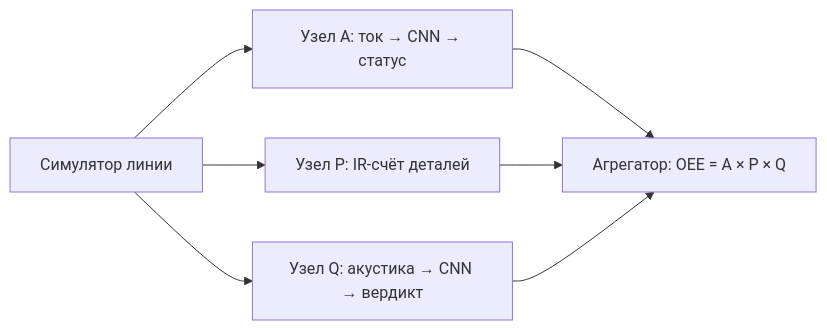
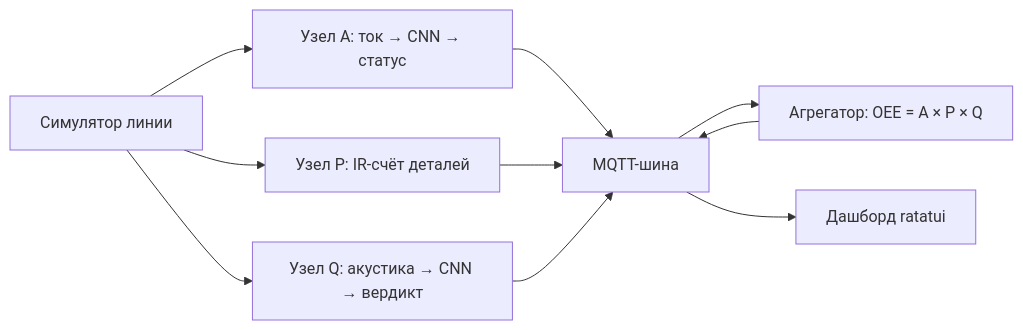
Before and after one commit to dtrift/OEE: the diagram in README.md, drawn with Mermaid. The commit also changed other lines of this file and 1 other file, not shown here.

Commit message:
docs: update the readme files

````diff
--- a/README.md
+++ b/README.md
@@ -26,9 +27,12 @@
 ```mermaid
 graph LR
     S[Симулятор линии] --> A[Узел A: ток → CNN → статус]
     S --> P[Узел P: IR-счёт деталей]
     S --> Q[Узел Q: акустика → CNN → вердикт]
-    A --> O[Агрегатор: OEE = A × P × Q]
-    P --> O
-    Q --> O
+    A --> M[MQTT-шина]
+    P --> M
+    Q --> M
+    M --> O[Агрегатор: OEE = A × P × Q]
+    O --> M
+    M --> D[Дашборд ratatui]
 ```
````
